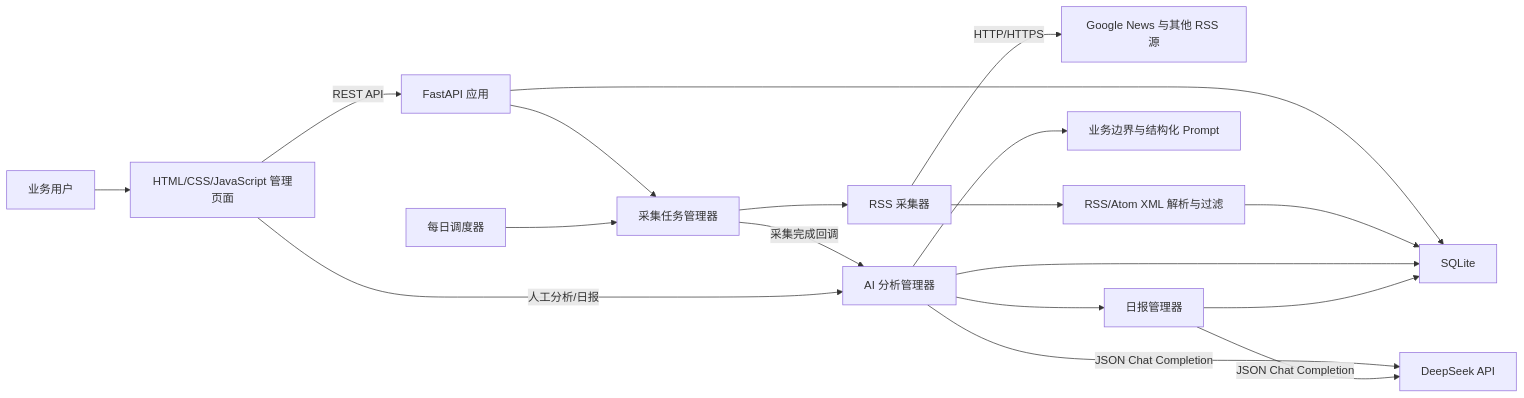
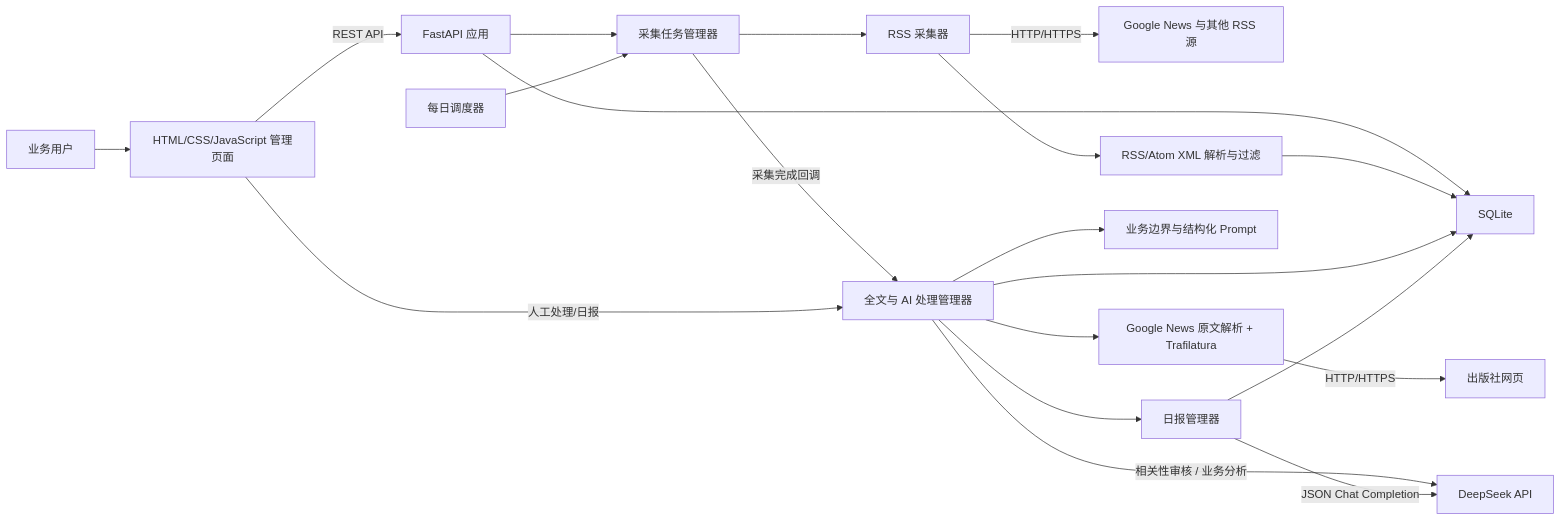
One commit to shiye1213/intco-rss-collector changed the first of 3 diagrams in docs/architecture.md. Above: the diagram before and after it, drawn with Mermaid. The commit also changed other lines of this file and 16 other files, not shown here.

````diff
--- a/docs/architecture.md
+++ b/docs/architecture.md
@@ -5,20 +5,22 @@
 ```mermaid
 flowchart LR
     U["业务用户"] --> UI["HTML/CSS/JavaScript 管理页面"]
     UI -->|"REST API"| API["FastAPI 应用"]
     API --> DB["SQLite"]
     API --> CM["采集任务管理器"]
     SCH["每日调度器"] --> CM
     CM --> COL["RSS 采集器"]
     COL -->|"HTTP/HTTPS"| RSS["Google News 与其他 RSS 源"]
     COL --> PARSE["RSS/Atom XML 解析与过滤"]
     PARSE --> DB
-    CM -->|"采集完成回调"| AIM["AI 分析管理器"]
-    UI -->|"人工分析/日报"| AIM
-    AIM -->|"JSON Chat Completion"| DS["DeepSeek API"]
+    CM -->|"采集完成回调"| AIM["全文与 AI 处理管理器"]
+    UI -->|"人工处理/日报"| AIM
+    AIM --> FETCH["Google News 原文解析 + Trafilatura"]
+    FETCH -->|"HTTP/HTTPS"| WEB["出版社网页"]
+    AIM -->|"相关性审核 / 业务分析"| DS["DeepSeek API"]
     AIM --> PROMPT["业务边界与结构化 Prompt"]
     AIM --> DB
     AIM --> RM["日报管理器"]
     RM -->|"JSON Chat Completion"| DS
     RM --> DB
 ```
````
